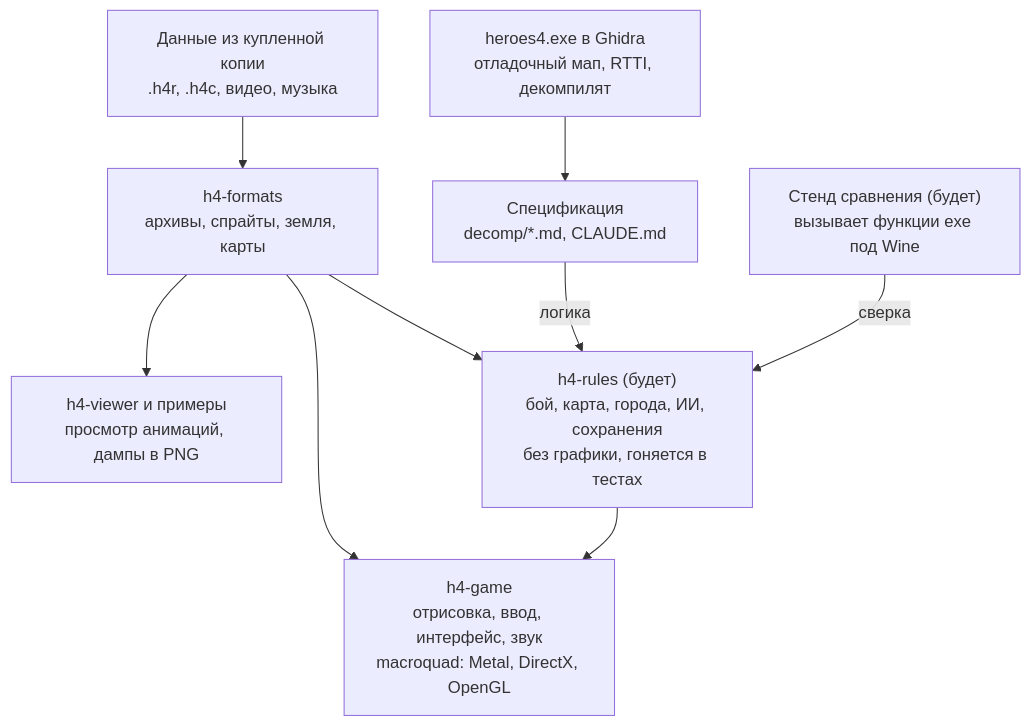
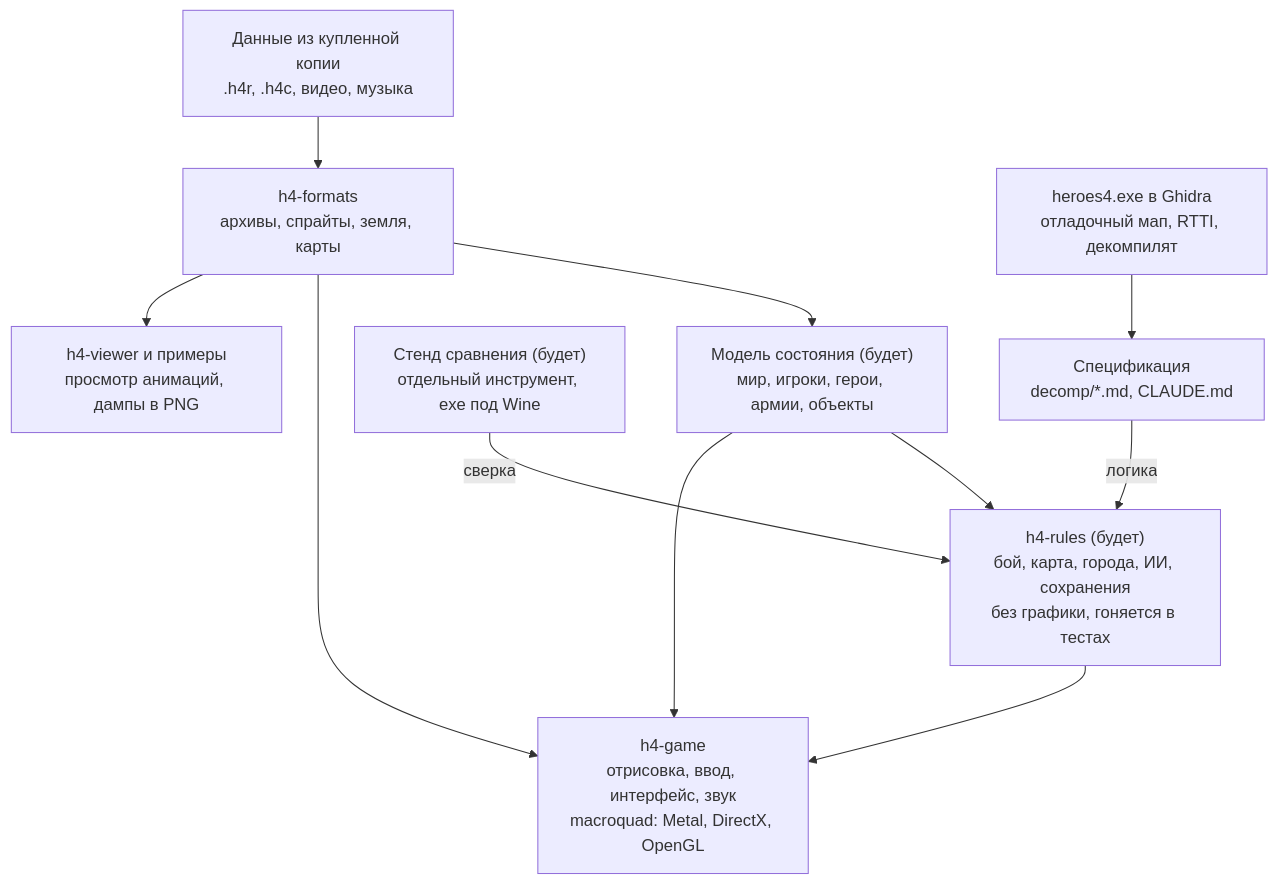
One commit to demen1n/h4r changed the diagram in PLAN.md. Above: the diagram before and after it, drawn with Mermaid. The commit also changed other lines of this file and 1 other file, not shown here.

````diff
--- a/PLAN.md
+++ b/PLAN.md
@@ -39,11 +41,13 @@
 ```mermaid
 flowchart TD
     data["Данные из купленной копии<br/>.h4r, .h4c, видео, музыка"] --> formats["h4-formats<br/>архивы, спрайты, земля, карты"]
     exe["heroes4.exe в Ghidra<br/>отладочный мап, RTTI, декомпилят"] --> spec["Спецификация<br/>decomp/*.md, CLAUDE.md"]
-    formats --> rules["h4-rules (будет)<br/>бой, карта, города, ИИ, сохранения<br/>без графики, гоняется в тестах"]
+    formats --> state["Модель состояния (будет)<br/>мир, игроки, герои, армии, объекты"]
+    state --> rules["h4-rules (будет)<br/>бой, карта, города, ИИ, сохранения<br/>без графики, гоняется в тестах"]
     spec -- логика --> rules
-    bench["Стенд сравнения (будет)<br/>вызывает функции exe под Wine"] -- сверка --> rules
+    bench["Стенд сравнения (будет)<br/>отдельный инструмент, exe под Wine"] -- сверка --> rules
     rules --> game["h4-game<br/>отрисовка, ввод, интерфейс, звук<br/>macroquad: Metal, DirectX, OpenGL"]
     formats --> game
+    state --> game
     formats --> tools["h4-viewer и примеры<br/>просмотр анимаций, дампы в PNG"]
 ```
````
